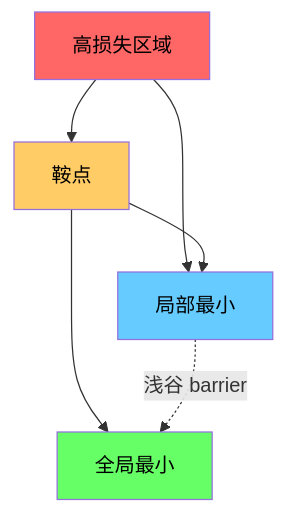
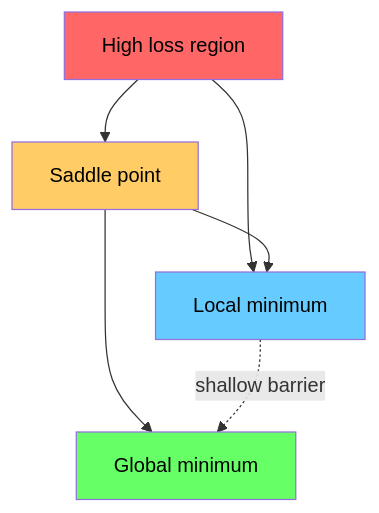
Before and after one commit to omigaZen/ai-engineering-from-scratch: the fifth of 5 diagrams in phases/01-math-foundations/08-optimization/docs/zh.md, drawn with Mermaid. The commit also changed other lines of this file and 32 other files, not shown here.

````diff
--- a/phases/01-math-foundations/08-optimization/docs/zh.md
+++ b/phases/01-math-foundations/08-optimization/docs/zh.md
@@ -187,12 +187,12 @@
 ```mermaid
 graph TD
-    HL["高损失区域"] --> SP["鞍点"]
-    HL --> LM["局部最小"]
+    HL["High loss region"] --> SP["Saddle point"]
+    HL --> LM["Local minimum"]
     SP --> LM
-    SP --> GM["全局最小"]
-    LM -.->|"浅谷 barrier"| GM
+    SP --> GM["Global minimum"]
+    LM -.->|"shallow barrier"| GM
     style HL fill:#ff6666,color:#000
     style SP fill:#ffcc66,color:#000
     style LM fill:#66ccff,color:#000
     style GM fill:#66ff66,color:#000
 ```
````
